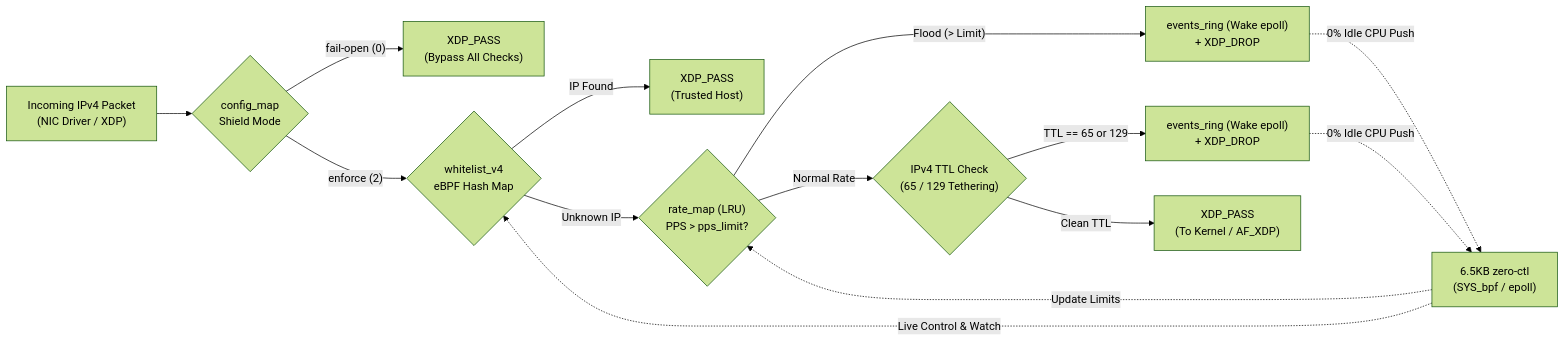
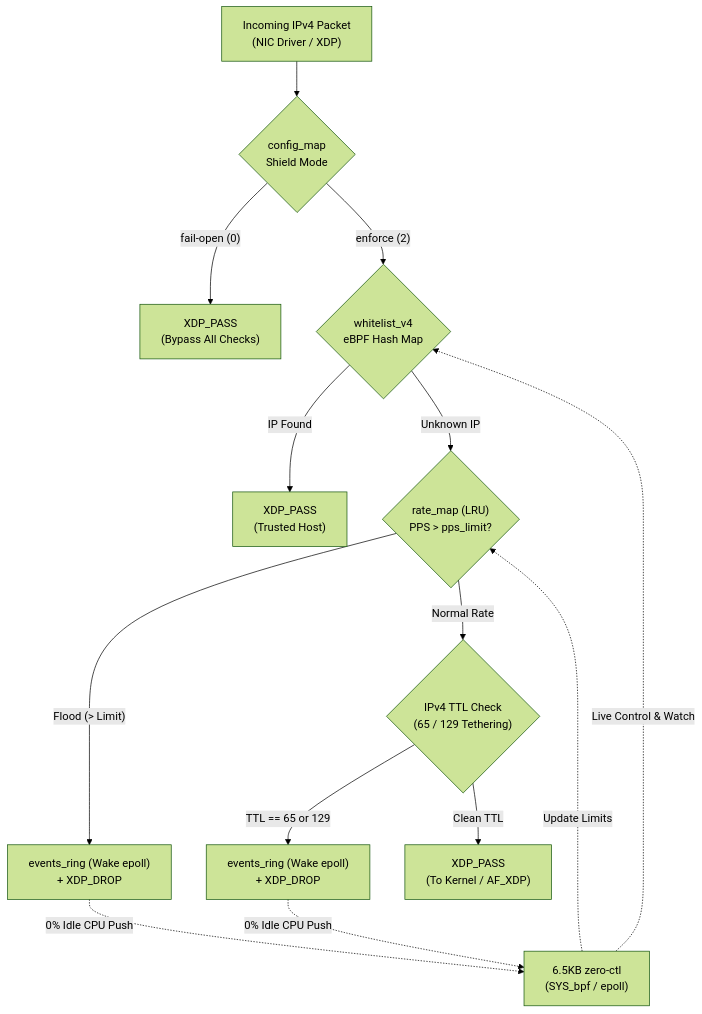
The second of 3 diagrams in README.md (zerokull1/zero-timing-manifesto), drawn with Mermaid (forest theme) before and after one commit.

Commit message:
docs(readme): switch XDP checkpoint diagram to vertical TD layout for readability

````diff
--- a/README.md
+++ b/README.md
@@ -33,16 +33,16 @@
 ```mermaid
-flowchart LR
+flowchart TD
     PKT["Incoming IPv4 Packet<br/>(NIC Driver / XDP)"] --> MODE{"config_map<br/>Shield Mode"}
     MODE -- "fail-open (0)" --> PASS1["XDP_PASS<br/>(Bypass All Checks)"]
     MODE -- "enforce (2)" --> WL{"whitelist_v4<br/>eBPF Hash Map"}
     WL -- "IP Found" --> PASS2["XDP_PASS<br/>(Trusted Host)"]
     WL -- "Unknown IP" --> RATE{"rate_map (LRU)<br/>PPS > pps_limit?"}
     RATE -- "Flood (> Limit)" --> ALERT1["events_ring (Wake epoll)<br/>+ XDP_DROP"]
     RATE -- "Normal Rate" --> TTL{"IPv4 TTL Check<br/>(65 / 129 Tethering)"}
     TTL -- "TTL == 65 or 129" --> ALERT2["events_ring (Wake epoll)<br/>+ XDP_DROP"]
     TTL -- "Clean TTL" --> PASS3["XDP_PASS<br/>(To Kernel / AF_XDP)"]
     CTL["6.5KB zero-ctl<br/>(SYS_bpf / epoll)"] -. "Live Control & Watch" .-> WL
     CTL -. "Update Limits" .-> RATE
     ALERT1 -. "0% Idle CPU Push" .-> CTL
     ALERT2 -. "0% Idle CPU Push" .-> CTL
 ```
````
